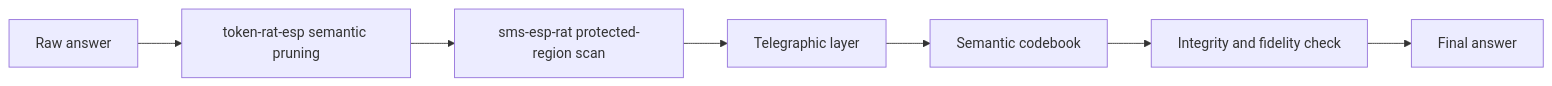
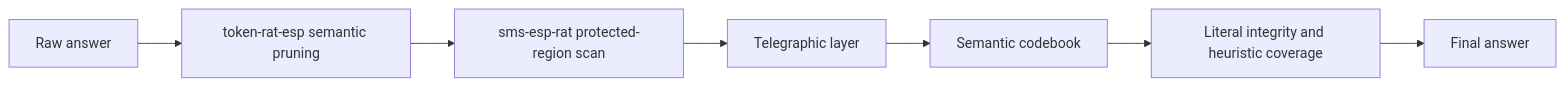
One commit to 0xCyberBerserker/sms-esp-rat changed the diagram in arquitectura.md. Above: the diagram before and after it, drawn with Mermaid. The commit also changed other lines of this file and 17 other files, not shown here.

````diff
--- a/arquitectura.md
+++ b/arquitectura.md
@@ -3,9 +3,9 @@
 ```mermaid
 flowchart LR
     A[Raw answer] --> B[token-rat-esp semantic pruning]
     B --> C[sms-esp-rat protected-region scan]
     C --> D[Telegraphic layer]
     D --> E[Semantic codebook]
-    E --> F[Integrity and fidelity check]
+    E --> F[Literal integrity and heuristic coverage]
     F --> G[Final answer]
 ```
````
